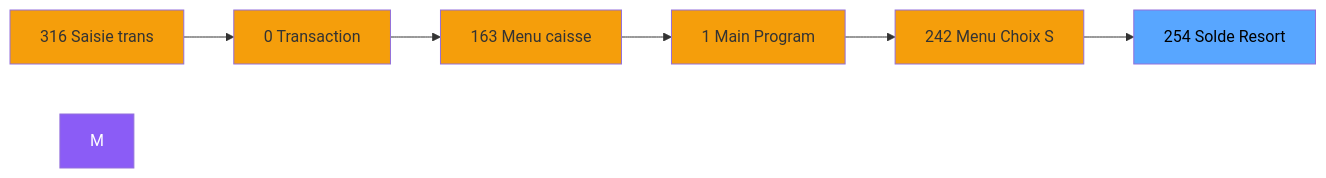
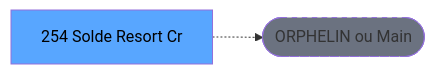
Before and after one commit to thonyAGP/lecteur-magic: the second of 3 diagrams in .openspec/specs/ADH-IDE-254.md, drawn with Mermaid. The commit also changed other lines of this file and 701 other files, not shown here.

````diff
--- a/.openspec/specs/ADH-IDE-254.md
+++ b/.openspec/specs/ADH-IDE-254.md
@@ -111,21 +117,8 @@
 ```mermaid
 graph LR
-    N316[316 Saisie trans]
-    N0[0 Transaction ]
-    N163[163 Menu caisse ]
-    N1[1 Main Program]
-    N242[242 Menu Choix S]
-    T[254 Solde Resort]
-    N316 --> N0
-    N0 --> N163
-    N163 --> N1
-    N1 --> N242
-    N242 --> T
-    style M fill:#8b5cf6,color:#fff
-    style N316 fill:#f59e0b
-    style N0 fill:#f59e0b
-    style N163 fill:#f59e0b
-    style N1 fill:#f59e0b
-    style N242 fill:#f59e0b
+    T[254 Solde Resort Cr]
+    ORPHAN([ORPHELIN ou Main])
+    T -.-> ORPHAN
     style T fill:#58a6ff,color:#000
+    style ORPHAN fill:#6b7280,stroke-dasharray: 5 5
 ```
````
